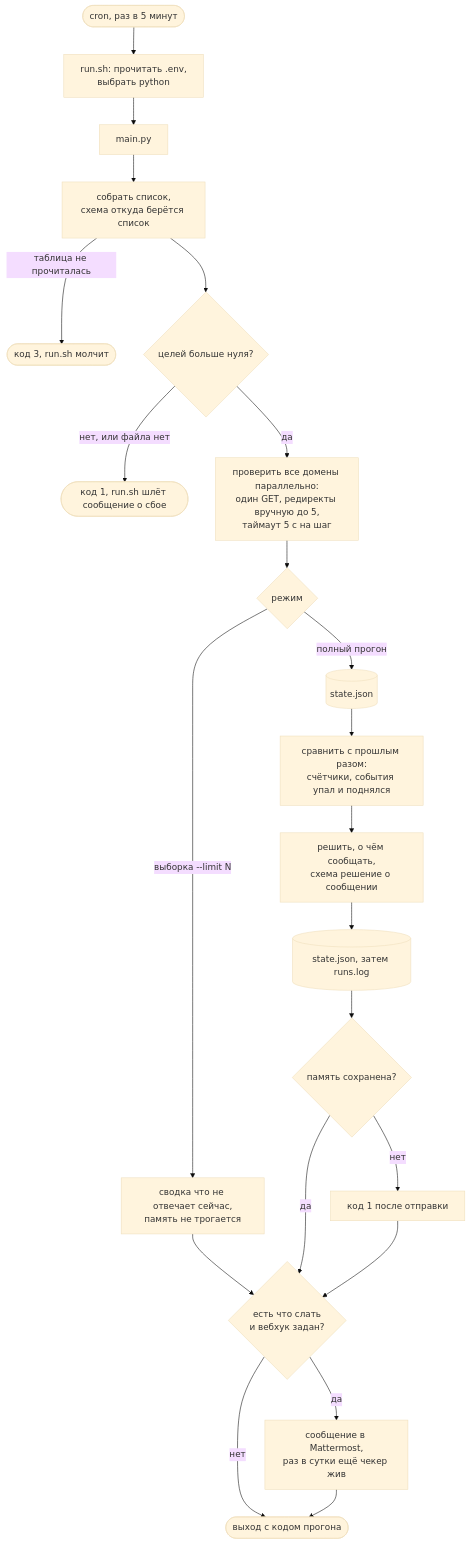
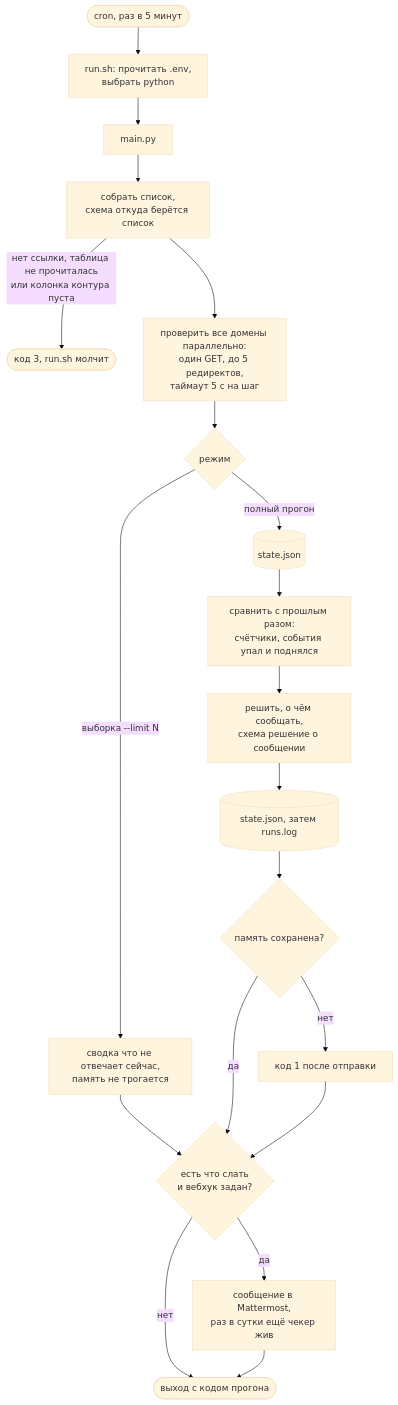
Before and after one commit to not-hehe/digital_tools: the first of 6 diagrams in automation/main_domain_checker/README.md, drawn with Mermaid (base theme). The commit also changed other lines of this file and 20 other files, not shown here.

````diff
--- a/automation/main_domain_checker/README.md
+++ b/automation/main_domain_checker/README.md
@@ -131,23 +129,21 @@
 ```mermaid
 flowchart TD
     CRON([cron, раз в 5 минут]) --> ENV[run.sh: прочитать .env,<br/>выбрать python]
     ENV --> MAIN[main.py]
     MAIN --> LOAD[собрать список,<br/>схема откуда берётся список]
-    LOAD -->|таблица не прочиталась| EXIT3([код 3, run.sh молчит])
-    LOAD --> EMPTY{целей больше нуля?}
-    EMPTY -->|нет, или файла нет| EXIT1([код 1, run.sh шлёт сообщение о сбое])
-    EMPTY -->|да| PROBE[проверить все домены параллельно:<br/>один GET, редиректы вручную до 5,<br/>таймаут 5 с на шаг]
+    LOAD -->|нет ссылки, таблица не прочиталась<br/>или колонка контура пуста| EXIT3([код 3, run.sh молчит])
+    LOAD --> PROBE[проверить все домены параллельно:<br/>один GET, до 5 редиректов,<br/>таймаут 5 с на шаг]
     PROBE --> MODE{режим}
     MODE -->|выборка --limit N| SAMPLE[сводка что не отвечает сейчас,<br/>память не трогается] --> SEND
     MODE -->|полный прогон| STATE[(state.json)]
     STATE --> APPLY[сравнить с прошлым разом:<br/>счётчики, события упал и поднялся]
     APPLY --> PICK[решить, о чём сообщать,<br/>схема решение о сообщении]
     PICK --> SAVE[(state.json, затем runs.log)]
     SAVE --> SAVED{память сохранена?}
     SAVED -->|нет| EXIT1B[код 1 после отправки]
     SAVED -->|да| SEND{есть что слать<br/>и вебхук задан?}
     EXIT1B --> SEND
     SEND -->|да| MM[сообщение в Mattermost,<br/>раз в сутки ещё чекер жив]
     SEND -->|нет| END([выход с кодом прогона])
     MM --> END
 ```
````
